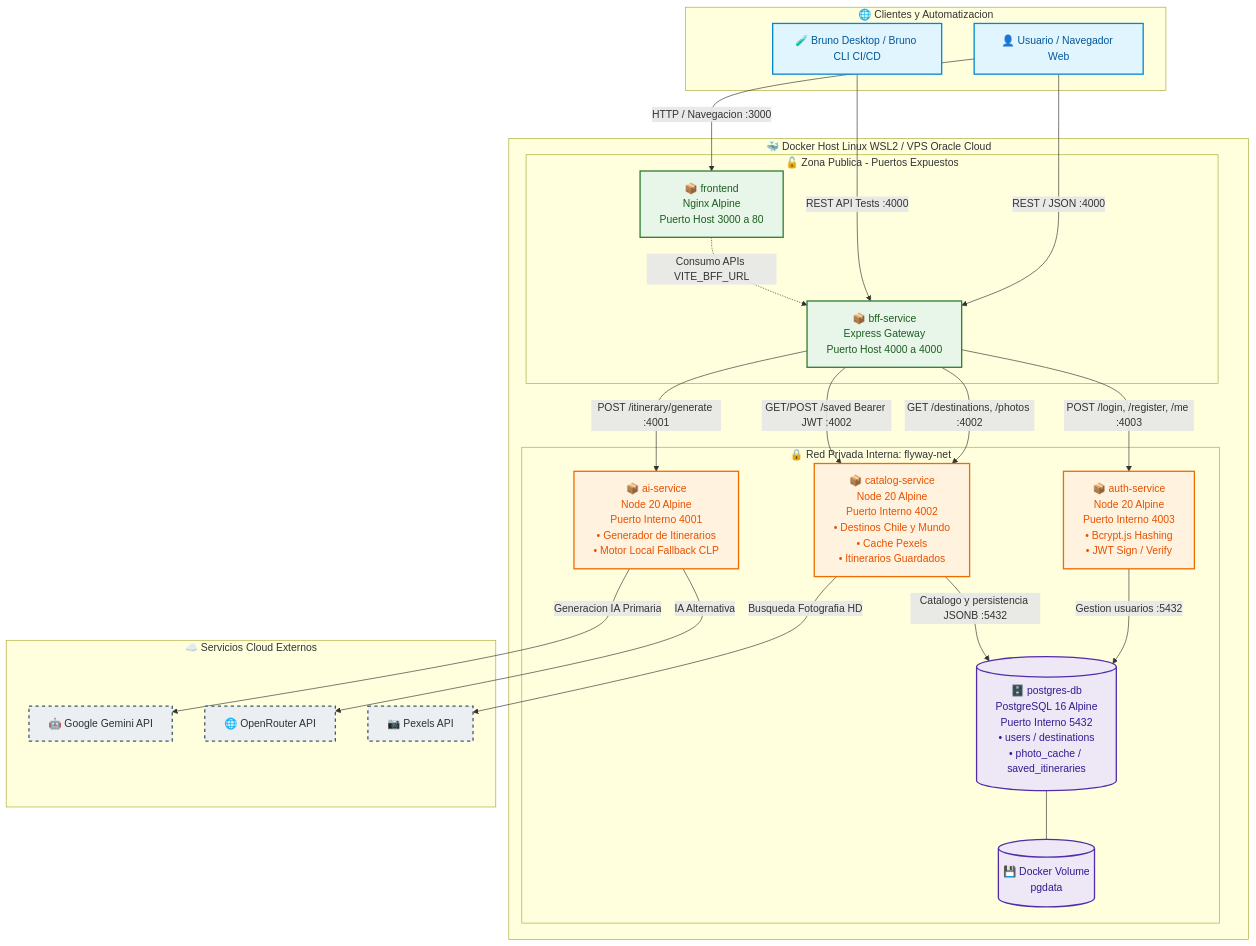
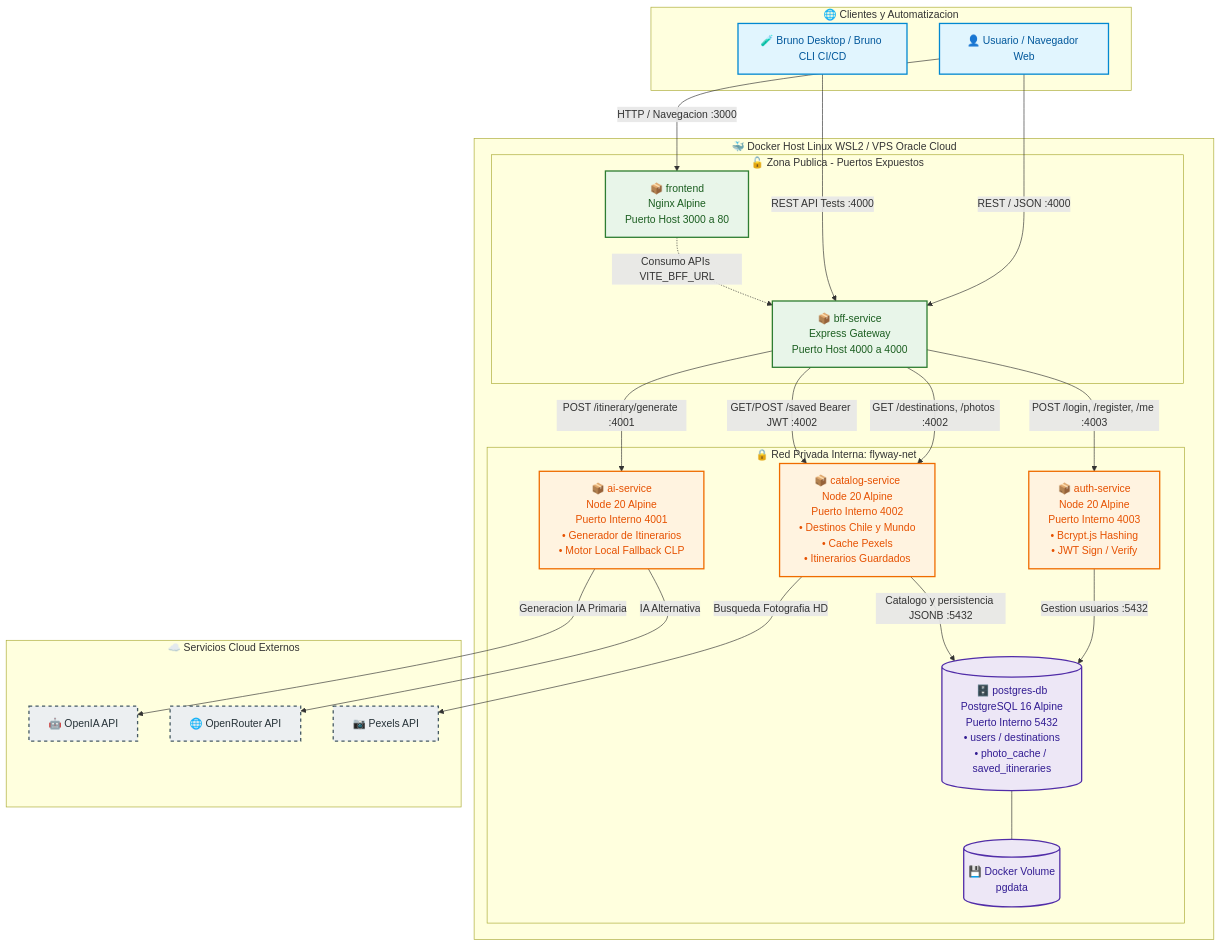
The first of 2 diagrams in docs/diagrama_de_arquitectura_mermaid_flyway.md (VanessaLagunas/Flyway), drawn with Mermaid before and after one commit. The commit also changed 1 other file, not shown here.

Commit message:
Modelobd y actualizacion en nombre del modelo en la arqui

````diff
--- a/docs/diagrama_de_arquitectura_mermaid_flyway.md
+++ b/docs/diagrama_de_arquitectura_mermaid_flyway.md
@@ -9,75 +9,75 @@
 ```mermaid
 graph TB
     %% Clientes y Herramientas Externas
     subgraph CLIENTS [" 🌐 Clientes y Automatizacion "]
         User["👤 Usuario / Navegador Web"]
         QA["🧪 Bruno Desktop / Bruno CLI CI/CD"]
     end
 
     %% Capa Host / Puertos Públicos
     subgraph DOCKER_HOST [" 🐳 Docker Host Linux WSL2 / VPS Oracle Cloud "]
         
         subgraph PUBLIC_ZONE [" 🔓 Zona Publica - Puertos Expuestos "]
             Frontend["📦 frontend<br/>Nginx Alpine<br/>Puerto Host 3000 a 80"]
             BFF["📦 bff-service<br/>Express Gateway<br/>Puerto Host 4000 a 4000"]
         end
 
         %% Red Privada Interna Docker
         subgraph FLYWAY_NET [" 🔒 Red Privada Interna: flyway-net "]
             
             AuthSvc["📦 auth-service<br/>Node 20 Alpine<br/>Puerto Interno 4003<br/>• Bcrypt.js Hashing<br/>• JWT Sign / Verify"]
             
             AISvc["📦 ai-service<br/>Node 20 Alpine<br/>Puerto Interno 4001<br/>• Generador de Itinerarios<br/>• Motor Local Fallback CLP"]
             
             CatalogSvc["📦 catalog-service<br/>Node 20 Alpine<br/>Puerto Interno 4002<br/>• Destinos Chile y Mundo<br/>• Cache Pexels<br/>• Itinerarios Guardados"]
             
             PostgresDB[("🗄️ postgres-db<br/>PostgreSQL 16 Alpine<br/>Puerto Interno 5432<br/>• users / destinations<br/>• photo_cache / saved_itineraries")]
             
             VolData[("💾 Docker Volume<br/>pgdata")]
         end
     end
 
     %% Servicios y APIs Externas
     subgraph EXTERNAL_SERVICES [" ☁️ Servicios Cloud Externos "]
-        GeminiAPI["🤖 Google Gemini API"]
+        GeminiAPI["🤖 OpenIA API"]
         OpenRouterAPI["🌐 OpenRouter API"]
         PexelsAPI["📷 Pexels API"]
     end
 
     %% Conexiones Clientes
     User -->|"HTTP / Navegacion :3000"| Frontend
     User -->|"REST / JSON :4000"| BFF
     QA -->|"REST API Tests :4000"| BFF
 
     %% Frontend hacia BFF
     Frontend -.->|"Consumo APIs VITE_BFF_URL"| BFF
 
     %% Orquestación BFF hacia Microservicios Internos
     BFF -->|"POST /login, /register, /me :4003"| AuthSvc
     BFF -->|"POST /itinerary/generate :4001"| AISvc
     BFF -->|"GET /destinations, /photos :4002"| CatalogSvc
     BFF -->|"GET/POST /saved Bearer JWT :4002"| CatalogSvc
 
     %% Conexiones con Base de Datos
     AuthSvc -->|"Gestion usuarios :5432"| PostgresDB
     CatalogSvc -->|"Catalogo y persistencia JSONB :5432"| PostgresDB
     PostgresDB --- VolData
 
     %% Conexiones Microservicios con APIs Externas
     AISvc -->|"Generacion IA Primaria"| GeminiAPI
     AISvc -->|"IA Alternativa"| OpenRouterAPI
     CatalogSvc -->|"Busqueda Fotografia HD"| PexelsAPI
 
     %% Estilos Visuales
     classDef clientStyle fill:#e1f5fe,stroke:#0288d1,stroke-width:2px,color:#01579b;
     classDef publicStyle fill:#e8f5e9,stroke:#2e7d32,stroke-width:2px,color:#1b5e20;
     classDef internalStyle fill:#fff3e0,stroke:#ef6c00,stroke-width:2px,color:#e65100;
     classDef dbStyle fill:#ede7f6,stroke:#512da8,stroke-width:2px,color:#311b92;
     classDef extStyle fill:#eceff1,stroke:#455a64,stroke-width:2px,stroke-dasharray: 5 5,color:#263238;
 
     class User,QA clientStyle;
     class Frontend,BFF publicStyle;
     class AuthSvc,AISvc,CatalogSvc internalStyle;
     class PostgresDB,VolData dbStyle;
     class GeminiAPI,OpenRouterAPI,PexelsAPI extStyle;
 ```
````
